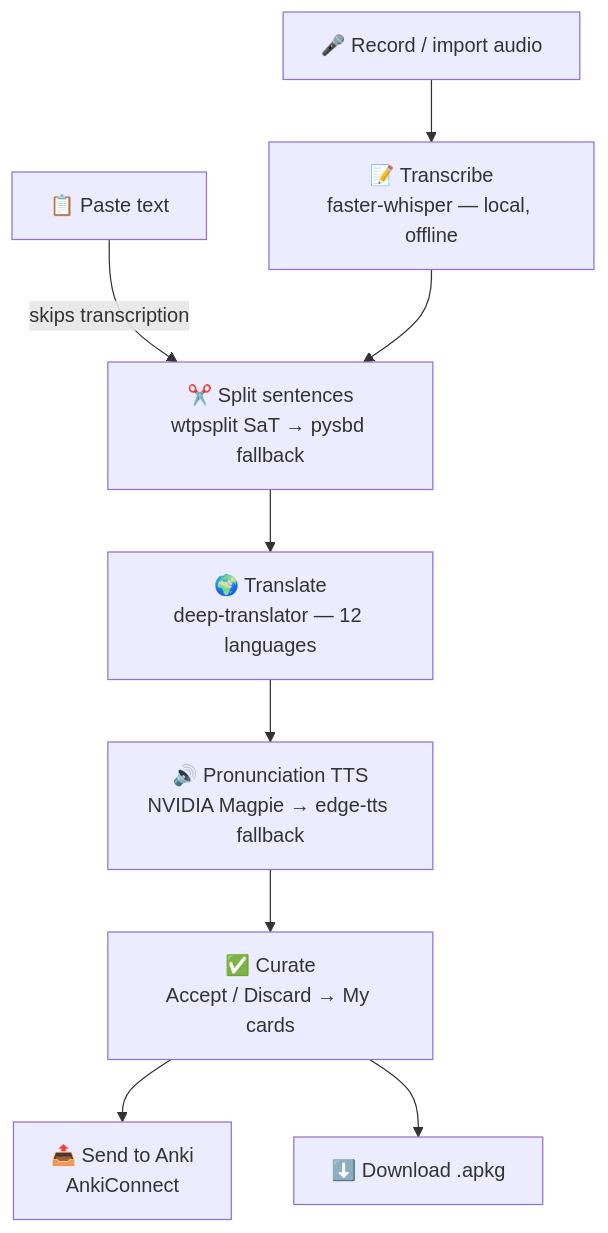
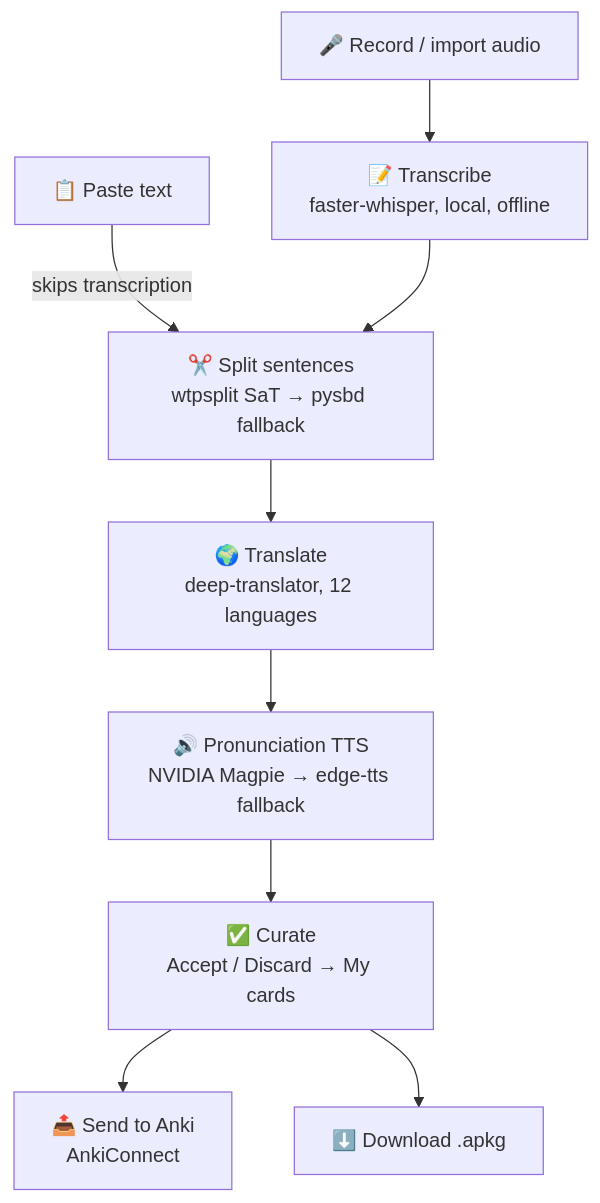
Before and after one commit to pieroevcc/SpeakToDeck: the diagram in README.md, drawn with Mermaid. The commit also changed other lines of this file, not shown here.

````diff
--- a/README.md
+++ b/README.md
@@ -16,11 +16,11 @@
 ```mermaid
 flowchart TD
-    A[🎤 Record / import audio] --> B[📝 Transcribe<br/>faster-whisper — local, offline]
+    A[🎤 Record / import audio] --> B[📝 Transcribe<br/>faster-whisper, local, offline]
     P[📋 Paste text] -- skips transcription --> C
     B --> C[✂️ Split sentences<br/>wtpsplit SaT → pysbd fallback]
-    C --> D[🌍 Translate<br/>deep-translator — 12 languages]
+    C --> D[🌍 Translate<br/>deep-translator, 12 languages]
     D --> E[🔊 Pronunciation TTS<br/>NVIDIA Magpie → edge-tts fallback]
     E --> F[✅ Curate<br/>Accept / Discard → My cards]
     F --> G[📤 Send to Anki<br/>AnkiConnect]
     F --> H[⬇️ Download .apkg]
 ```
````
